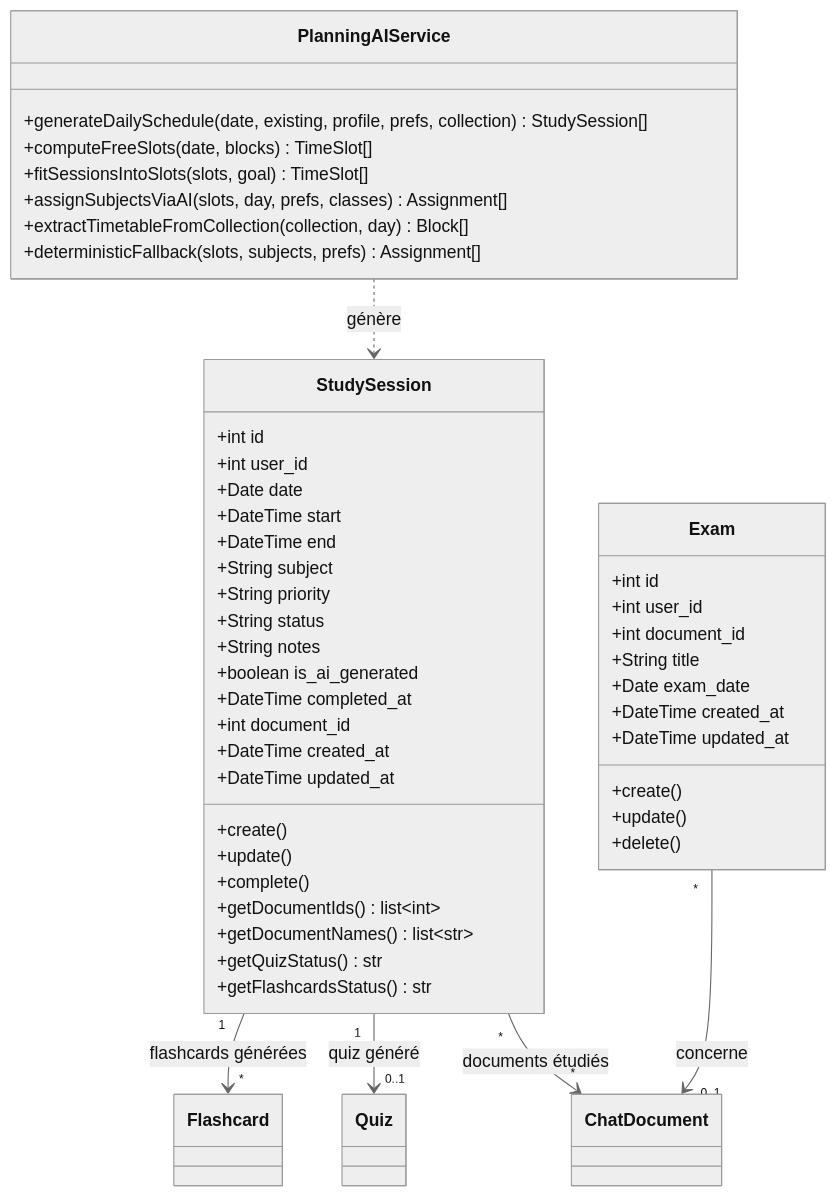
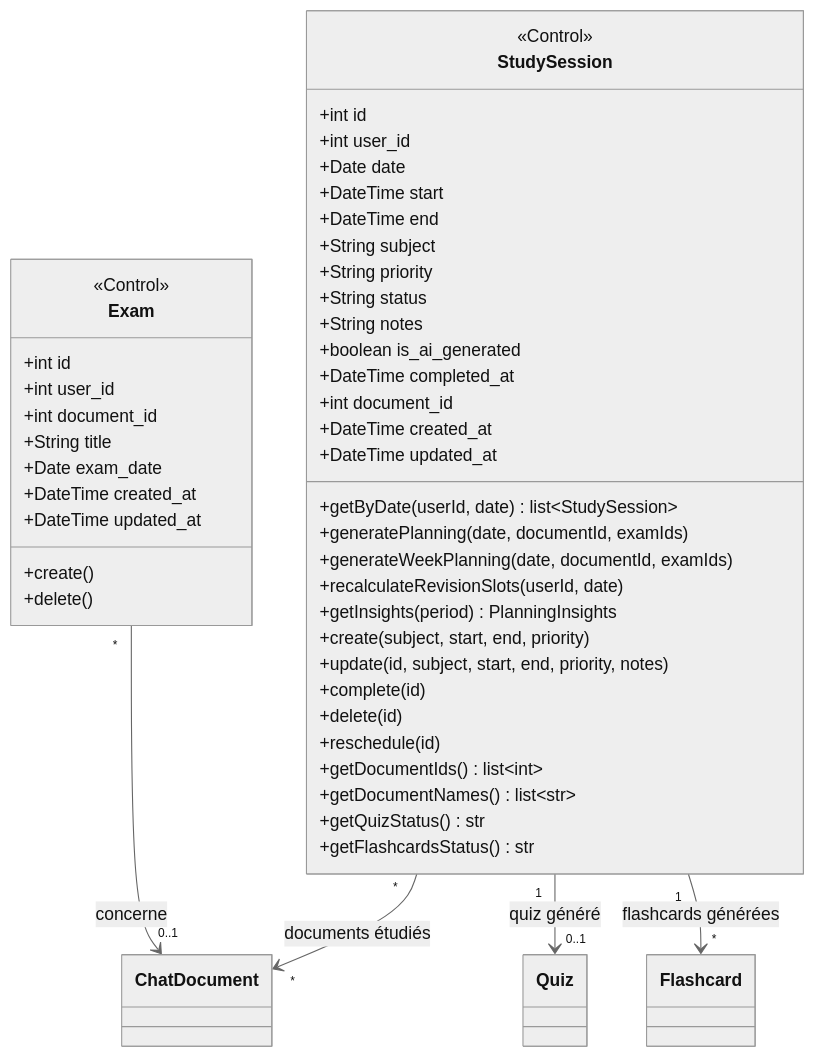
One commit to Jkacem/smart_focus changed the fifth of 7 diagrams in docs/Conception_DiagrammeClasses.md. Above: the diagram before and after it, drawn with Mermaid (neutral theme). The commit also changed other lines of this file and 31 other files, not shown here.

````diff
--- a/docs/Conception_DiagrammeClasses.md
+++ b/docs/Conception_DiagrammeClasses.md
@@ -414,54 +482,52 @@
 ```mermaid
 classDiagram
     class StudySession {
+        <<Control>>
         +int id
         +int user_id
         +Date date
         +DateTime start
         +DateTime end
         +String subject
         +String priority
         +String status
         +String notes
         +boolean is_ai_generated
         +DateTime completed_at
         +int document_id
         +DateTime created_at
         +DateTime updated_at
-        +create()
-        +update()
-        +complete()
+        +getByDate(userId, date) list~StudySession~
+        +generatePlanning(date, documentId, examIds)
+        +generateWeekPlanning(date, documentId, examIds)
+        +recalculateRevisionSlots(userId, date)
+        +getInsights(period) PlanningInsights
+        +create(subject, start, end, priority)
+        +update(id, subject, start, end, priority, notes)
+        +complete(id)
+        +delete(id)
+        +reschedule(id)
         +getDocumentIds() list~int~
         +getDocumentNames() list~str~
         +getQuizStatus() str
         +getFlashcardsStatus() str
     }
 
     class Exam {
+        <<Control>>
         +int id
         +int user_id
         +int document_id
         +String title
         +Date exam_date
         +DateTime created_at
         +DateTime updated_at
         +create()
-        +update()
         +delete()
     }
 
-    class PlanningAIService {
-        +generateDailySchedule(date, existing, profile, prefs, collection) StudySession[]
-        +computeFreeSlots(date, blocks) TimeSlot[]
-        +fitSessionsIntoSlots(slots, goal) TimeSlot[]
-        +assignSubjectsViaAI(slots, day, prefs, classes) Assignment[]
-        +extractTimetableFromCollection(collection, day) Block[]
-        +deterministicFallback(slots, subjects, prefs) Assignment[]
-    }
-
-    StudySession "*" --> "*" ChatDocument : documents étudiés
-    StudySession "1" --> "0..1" Quiz : quiz généré
-    StudySession "1" --> "*" Flashcard : flashcards générées
-    Exam "*" --> "0..1" ChatDocument : concerne
-    PlanningAIService ..> StudySession : génère
+    StudySession "*" --> "*" ChatDocument   : documents étudiés
+    StudySession "1" --> "0..1" Quiz        : quiz généré
+    StudySession "1" --> "*" Flashcard      : flashcards générées
+    Exam "*" --> "0..1" ChatDocument        : concerne
 ```
````
